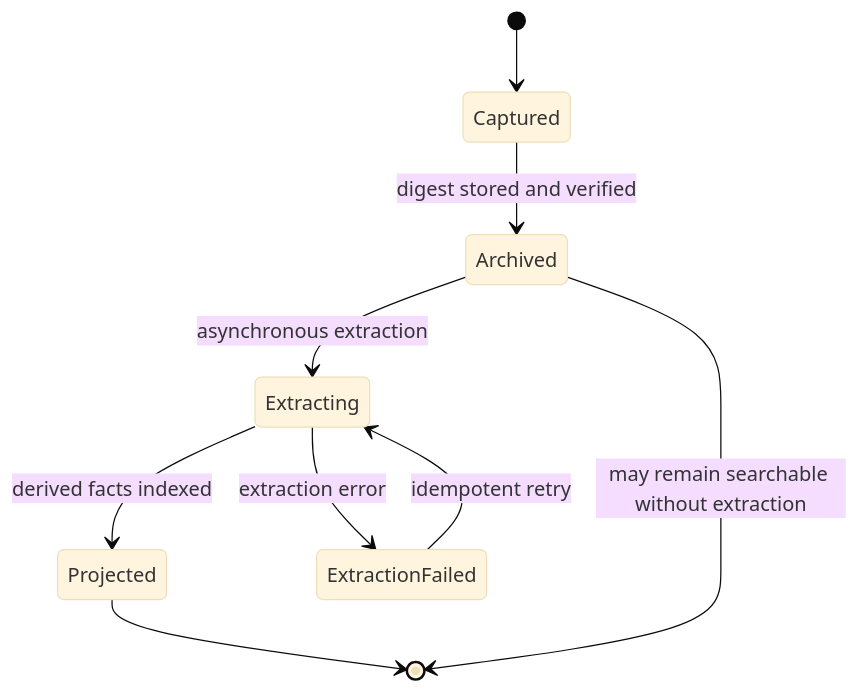
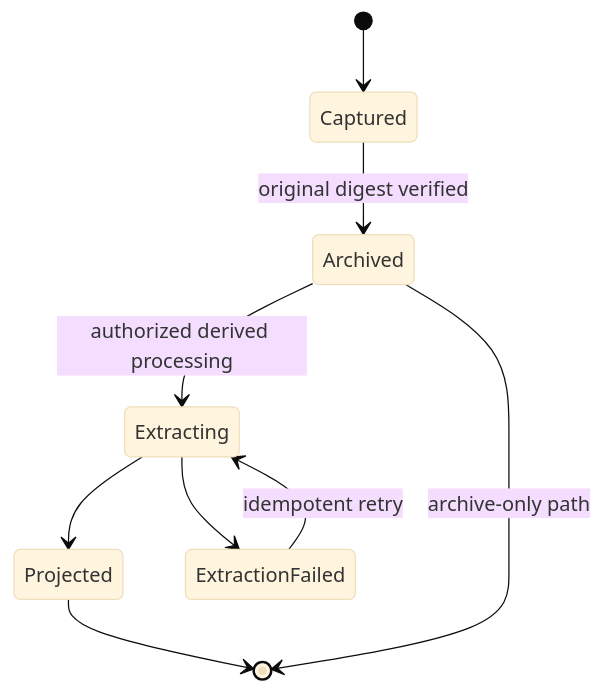
One commit to chris-madsen/Hybrid-RAG changed the third of 5 diagrams in docs/architecture/04-fsm-workflows.md. Above: the diagram before and after it, drawn with Mermaid (base theme). The commit also changed other lines of this file and 37 other files, not shown here.

````diff
--- a/docs/architecture/04-fsm-workflows.md
+++ b/docs/architecture/04-fsm-workflows.md
@@ -62,11 +49,11 @@
 ```mermaid
 stateDiagram-v2
     [*] --> Captured
-    Captured --> Archived: digest stored and verified
-    Archived --> Extracting: asynchronous extraction
-    Extracting --> Projected: derived facts indexed
-    Extracting --> ExtractionFailed: extraction error
+    Captured --> Archived: original digest verified
+    Archived --> Extracting: authorized derived processing
+    Extracting --> Projected
+    Extracting --> ExtractionFailed
     ExtractionFailed --> Extracting: idempotent retry
     Projected --> [*]
-    Archived --> [*]: may remain searchable without extraction
+    Archived --> [*]: archive-only path
 ```
````
